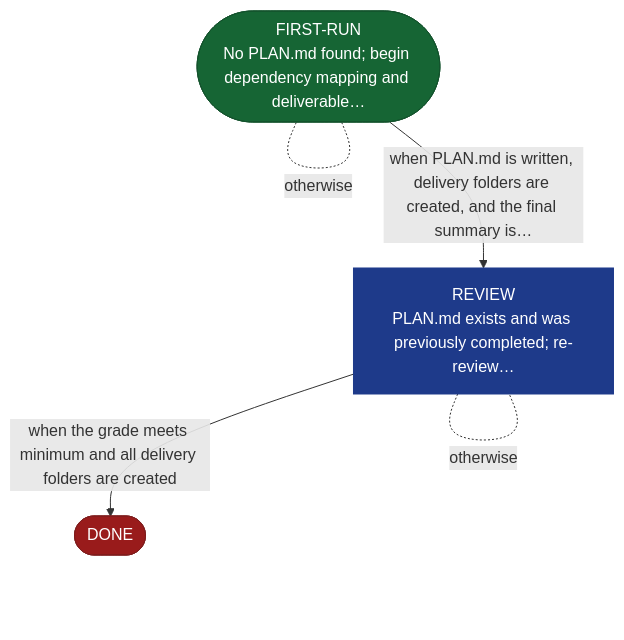
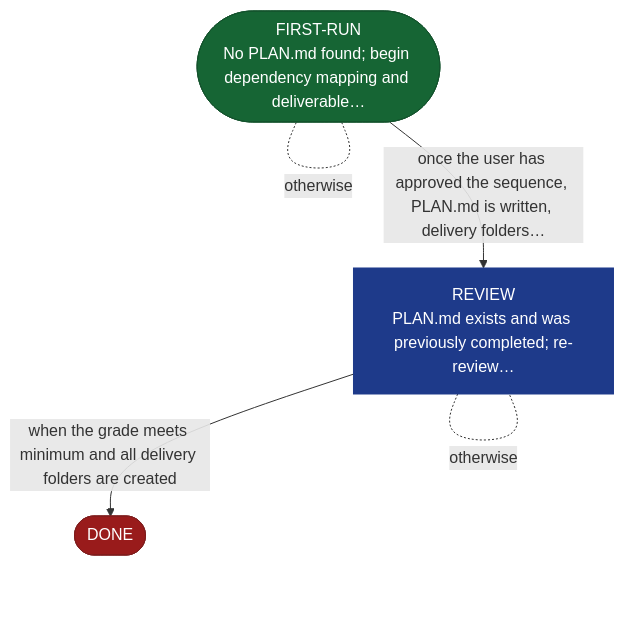
Before and after one commit to AndreVianna/aid-methodology: the diagram in site/src/content/docs/skills/aid-plan.md, drawn with Mermaid. The commit also changed other lines of this file and 14 other files, not shown here.

````diff
--- a/site/src/content/docs/skills/aid-plan.md
+++ b/site/src/content/docs/skills/aid-plan.md
@@ -20,22 +20,22 @@
 ```mermaid
 flowchart TB
   classDef aidNode color:#fff
   classDef aidEntry fill:#166534,stroke:#14532d,color:#fff
   classDef aidExit fill:#991b1b,stroke:#7f1d1d,color:#fff
   classDef aidDecision fill:#92400e,stroke:#78350f,color:#fff
   classDef aidLoopBack fill:#1e3a8a,stroke:#1e3a8a,color:#fff
   classDef aidStep fill:#1a2035,stroke:#d4a853,color:#f1f5f9
   n1(["FIRST-RUN<br/>No PLAN.md found; begin dependency mapping and deliverable…"])
   n2["REVIEW<br/>PLAN.md exists and was previously completed; re-review…"]
   n3(["DONE"])
   n1 -. "otherwise" .- n1
-  n1 -->|"when PLAN.md is written, delivery folders are created, and the final summary is…"| n2
+  n1 -->|"once the user has approved the sequence, PLAN.md is written, delivery folders…"| n2
   n2 -. "otherwise" .- n2
   n2 -->|"when the grade meets minimum and all delivery folders are created"| n3
   class n1 aidEntry
   class n2 aidLoopBack
   class n3 aidExit
   class n1 aidNode
   class n2 aidNode
   class n3 aidNode
 ```
````
